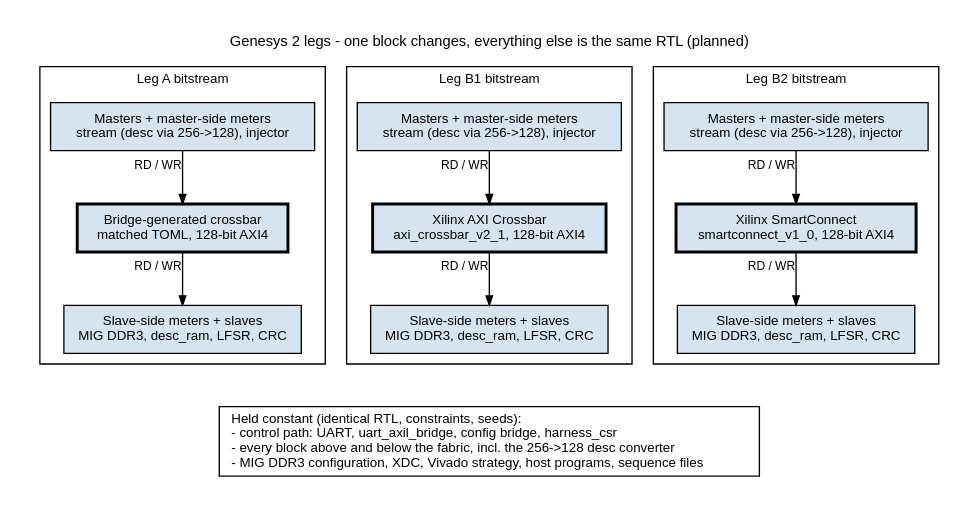
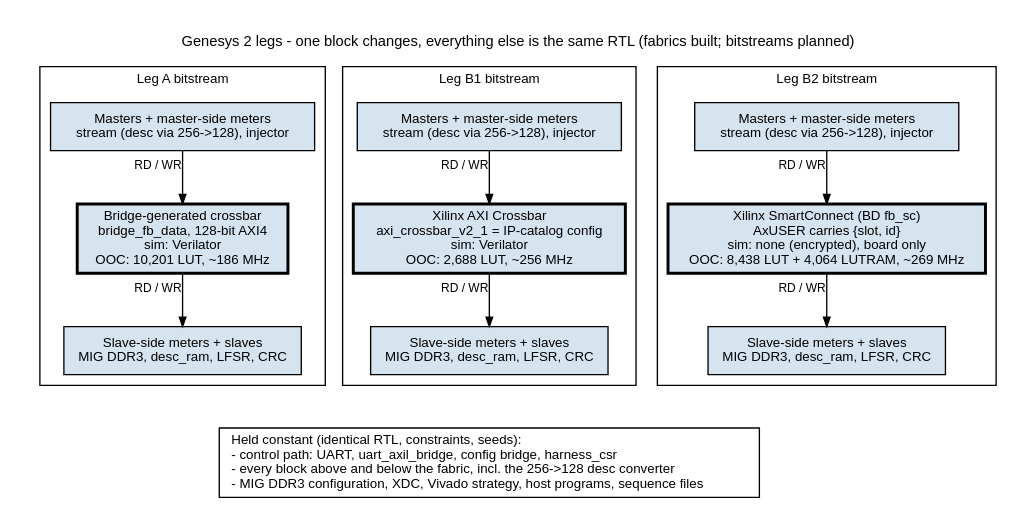
Before and after one commit to sean-galloway/RTLDesignSherpa: the diagram in projects/fpga-systems/Genesys2/fabric-benchmark/docs/assets/graphviz/k7_legs.dot, drawn with Graphviz. The commit also changed 65 other files, not shown here.

First line of the commit message:
feat(genesys2-fabric): Vivado legs B1/B2, MIG DDR3, and the first OOC comparison

```diff
--- a/projects/fpga-systems/Genesys2/fabric-benchmark/docs/assets/graphviz/k7_legs.dot
+++ b/projects/fpga-systems/Genesys2/fabric-benchmark/docs/assets/graphviz/k7_legs.dot
@@ -1,39 +1,41 @@
-// Genesys 2 fabric benchmark - Leg A vs Leg B1 vs Leg B2: the one swap. PLANNED.
+// Genesys 2 fabric benchmark - Leg A vs Leg B1 vs Leg B2: the one swap.
+// The three fabrics are generated and compared out of context (reports/ooc/);
+// the bitstreams around them are planned. Fabric labels carry the OOC numbers.
 // Everything outside the fabric instance is the same RTL in all three bitstreams.
 // House style: vault/handbook/authoring/block-diagrams.md.
 digraph k7_legs {
     graph [rankdir=TB, bgcolor="white", fontname="Helvetica", fontsize=11, nodesep="0.45", ranksep="0.55", splines=ortho, newrank=true, labelloc=t, labeljust=c, pad="0.2",
-           label="Genesys 2 legs - one block changes, everything else is the same RTL (planned)"];
+           label="Genesys 2 legs - one block changes, everything else is the same RTL (fabrics built; bitstreams planned)"];
     node  [fontname="Helvetica", fontsize=10, shape=box, style=filled, fillcolor="#D6E4F0", color="black", margin="0.12,0.06"];
     edge  [fontname="Helvetica", fontsize=9, color="black", arrowsize=0.7];
 
     subgraph cluster_a {
         label="Leg A bitstream"; fontsize=10;
         a_m [label="Masters + master-side meters\nstream (desc via 256->128), injector"];
-        a_f [label="Bridge-generated crossbar\nmatched TOML, 128-bit AXI4", penwidth=2.2];
+        a_f [label="Bridge-generated crossbar\nbridge_fb_data, 128-bit AXI4\nsim: Verilator\nOOC: 10,201 LUT, ~186 MHz", penwidth=2.2];
         a_s [label="Slave-side meters + slaves\nMIG DDR3, desc_ram, LFSR, CRC"];
         a_m -> a_f [xlabel="RD / WR"];
         a_f -> a_s [xlabel="RD / WR"];
     }
     subgraph cluster_b1 {
         label="Leg B1 bitstream"; fontsize=10;
         b_m [label="Masters + master-side meters\nstream (desc via 256->128), injector"];
-        b_f [label="Xilinx AXI Crossbar\naxi_crossbar_v2_1, 128-bit AXI4", penwidth=2.2];
+        b_f [label="Xilinx AXI Crossbar\naxi_crossbar_v2_1 = IP-catalog config\nsim: Verilator\nOOC: 2,688 LUT, ~256 MHz", penwidth=2.2];
         b_s [label="Slave-side meters + slaves\nMIG DDR3, desc_ram, LFSR, CRC"];
         b_m -> b_f [xlabel="RD / WR"];
         b_f -> b_s [xlabel="RD / WR"];
     }
     subgraph cluster_b2 {
         label="Leg B2 bitstream"; fontsize=10;
         c_m [label="Masters + master-side meters\nstream (desc via 256->128), injector"];
-        c_f [label="Xilinx SmartConnect\nsmartconnect_v1_0, 128-bit AXI4", penwidth=2.2];
+        c_f [label="Xilinx SmartConnect (BD fb_sc)\nAxUSER carries {slot, id}\nsim: none (encrypted), board only\nOOC: 8,438 LUT + 4,064 LUTRAM, ~269 MHz", penwidth=2.2];
         c_s [label="Slave-side meters + slaves\nMIG DDR3, desc_ram, LFSR, CRC"];
         c_m -> c_f [xlabel="RD / WR"];
         c_f -> c_s [xlabel="RD / WR"];
     }
     same [label="Held constant (identical RTL, constraints, seeds):\l- control path: UART, uart_axil_bridge, config bridge, harness_csr\l- every block above and below the fabric, incl. the 256->128 desc converter\l- MIG DDR3 configuration, XDC, Vivado strategy, host programs, sequence files\l", fillcolor="white"];
     { rank=same; a_m; b_m; c_m; }
     { rank=same; a_f; b_f; c_f; }
     { rank=same; a_s; b_s; c_s; }
     b_s -> same [style=invis];
 }
```
